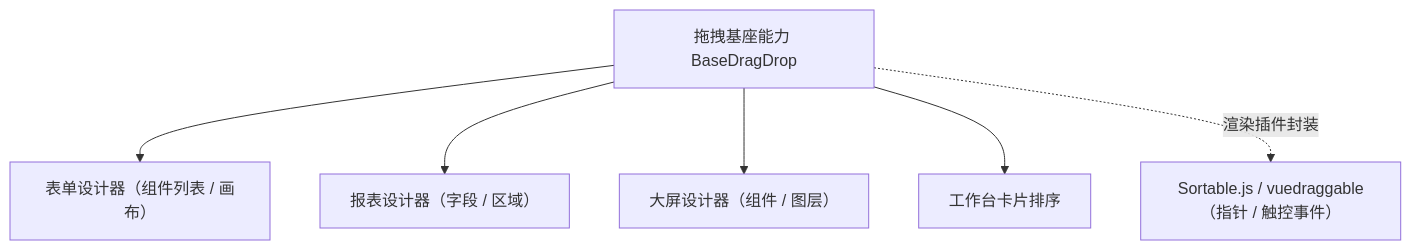
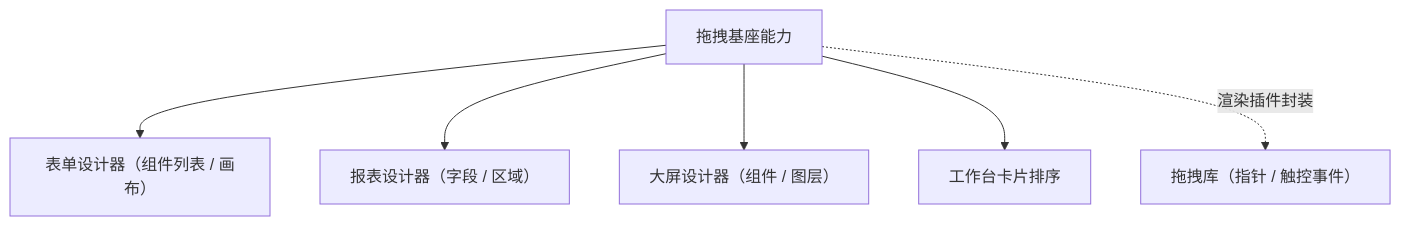
Before and after one commit to minjian123/basic-management-system: the diagram in bms文档/设计/组件设计/02_基础组件类/02_能力类/23_组件设计_拖拽基座能力/23_组件设计_拖拽基座能力.md, drawn with Mermaid. The commit also changed other lines of this file and 238 other files, not shown here.

````diff
--- a/bms文档/设计/组件设计/02_基础组件类/02_能力类/23_组件设计_拖拽基座能力/23_组件设计_拖拽基座能力.md
+++ b/bms文档/设计/组件设计/02_基础组件类/02_能力类/23_组件设计_拖拽基座能力/23_组件设计_拖拽基座能力.md
@@ -15,8 +16,8 @@
 ```mermaid
 flowchart TD
-    DD["拖拽基座能力 BaseDragDrop"] --> F["表单设计器（组件列表 / 画布）"]
+    DD["拖拽基座能力"] --> F["表单设计器（组件列表 / 画布）"]
     DD --> R["报表设计器（字段 / 区域）"]
     DD --> S["大屏设计器（组件 / 图层）"]
     DD --> W["工作台卡片排序"]
-    DD -. 渲染插件封装 .-> LIB["Sortable.js / vuedraggable（指针 / 触控事件）"]
+    DD -. 渲染插件封装 .-> LIB["拖拽库（指针 / 触控事件）"]
 ```
````
